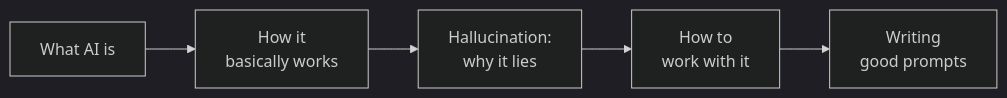
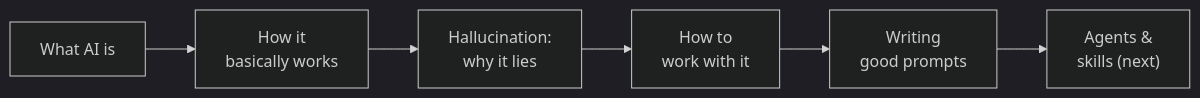
Before and after one commit to revelation-today/hagen-ai-training: the diagram in training/overview-30min/README.md, drawn with Mermaid (dark theme). The commit also changed other lines of this file and 5 other files, not shown here.

First line of the commit message:
Add agents and skills to the 30-minute intro talk

````diff
--- a/training/overview-30min/README.md
+++ b/training/overview-30min/README.md
@@ -15,7 +15,8 @@
 ```mermaid
 flowchart LR
     A["What AI is"] --> B["How it<br/>basically works"]
     B --> C["Hallucination:<br/>why it lies"]
     C --> D["How to<br/>work with it"]
     D --> E["Writing<br/>good prompts"]
+    E --> F["Agents &<br/>skills (next)"]
 ```
````
